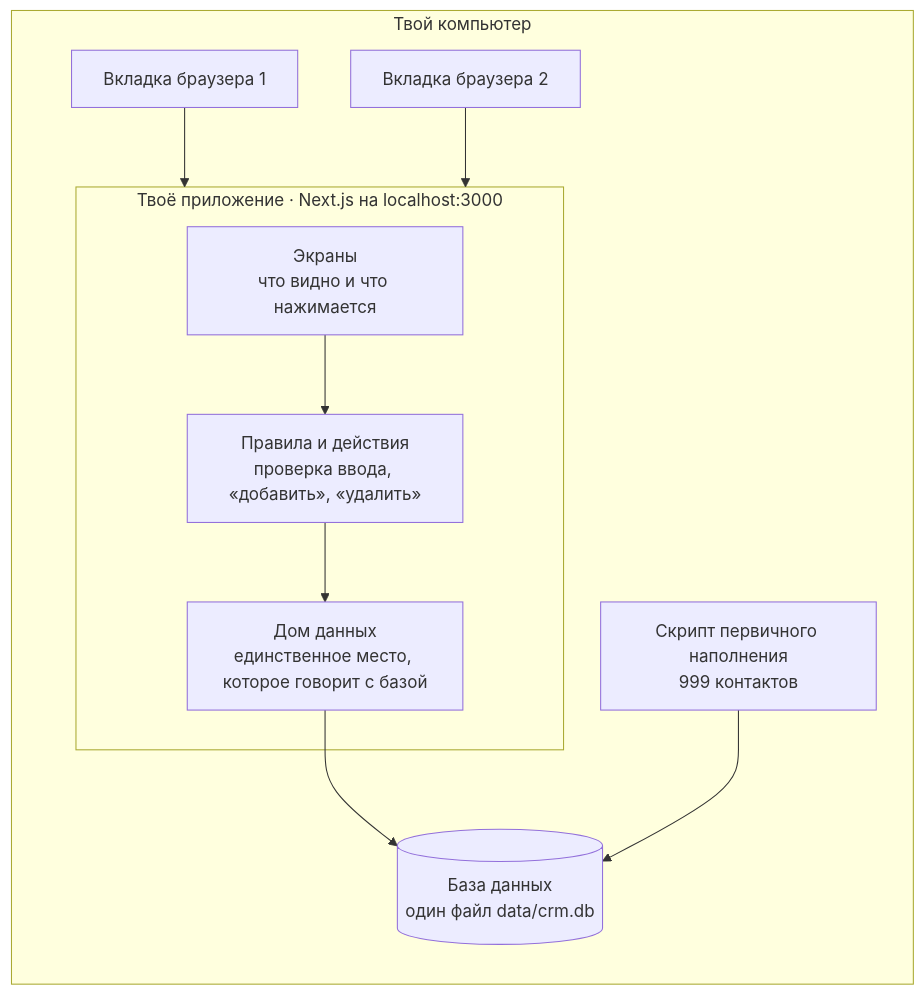
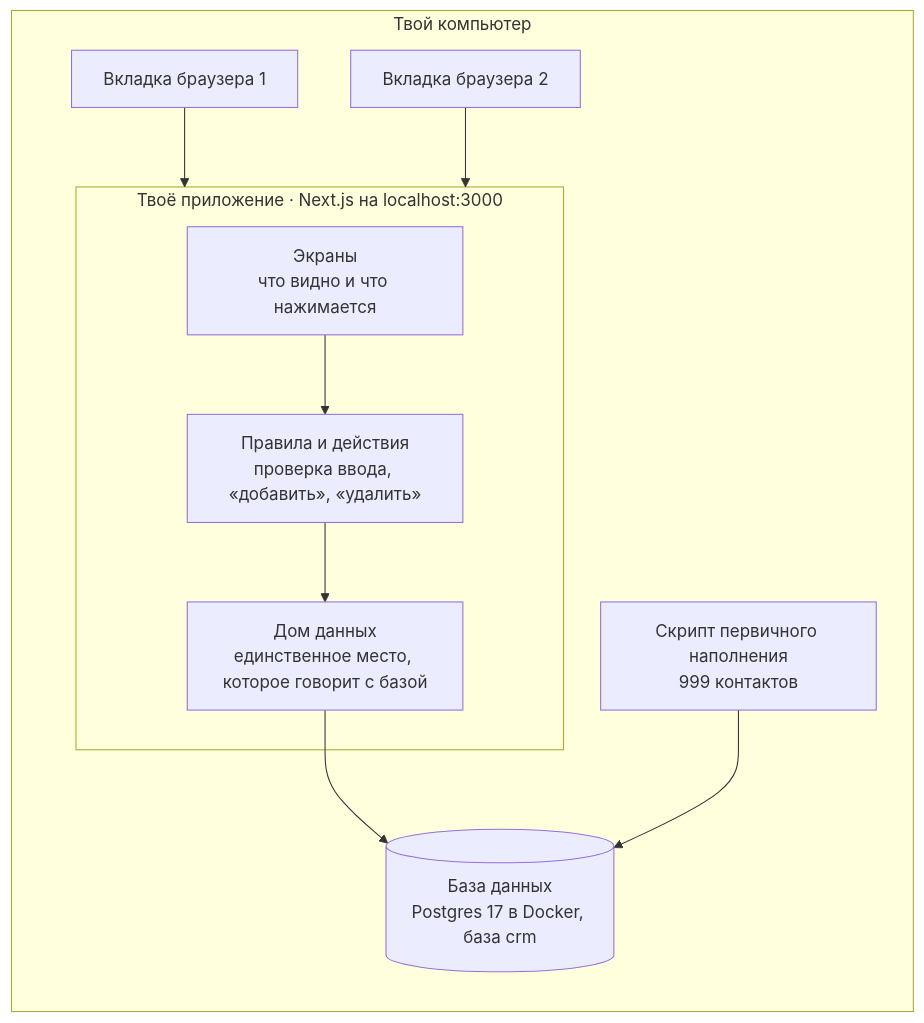
Before and after one commit to ggender/personal-crm-vibecheck: the fourth of 4 diagrams in specs/02-план-сборки.md, drawn with Mermaid. The commit also changed other lines of this file and 33 other files, not shown here.

First line of the commit message:
feat: move the database from SQLite to Postgres 17 in Docker

````diff
--- a/specs/02-план-сборки.md
+++ b/specs/02-план-сборки.md
@@ -163,13 +163,13 @@
 ```mermaid
 flowchart LR
   subgraph PC[Твой компьютер]
     T1[Вкладка браузера 1] --> APP
     T2[Вкладка браузера 2] --> APP
     subgraph APP[Твоё приложение · Next.js на localhost:3000]
       UI[Экраны<br/>что видно и что нажимается] --> ACT[Правила и действия<br/>проверка ввода, «добавить», «удалить»]
       ACT --> DATA[Дом данных<br/>единственное место, которое говорит с базой]
     end
-    DATA --> DB[(База данных<br/>один файл data/crm.db)]
+    DATA --> DB[(База данных<br/>Postgres 17 в Docker, база crm)]
     SEED[Скрипт первичного наполнения<br/>999 контактов] --> DB
   end
 ```
````
